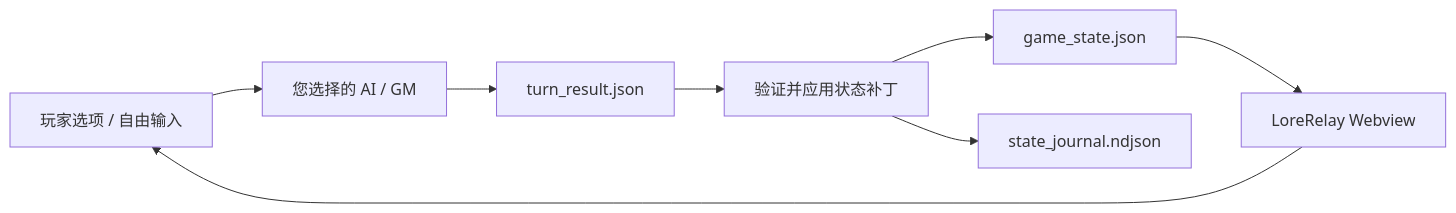
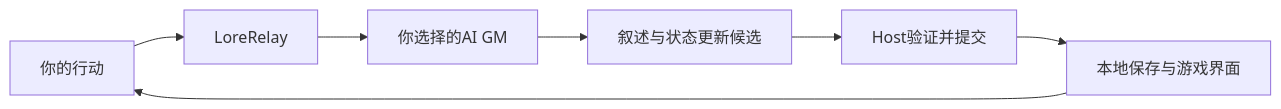
The diagram in README_zh-CN.md (GGF1sh/LoreRelay), drawn with Mermaid before and after one commit. The commit also changed other lines of this file and 10 other files, not shown here.

````diff
--- a/README_zh-CN.md
+++ b/README_zh-CN.md
@@ -137,10 +58,9 @@
 ```mermaid
 flowchart LR
-    Player["玩家选项 / 自由输入"] --> GM["您选择的 AI / GM"]
-    GM --> Turn["turn_result.json"]
-    Turn --> Gate["验证并应用状态补丁"]
-    Gate --> State["game_state.json"]
-    Gate --> Journal["state_journal.ndjson"]
-    State --> UI["LoreRelay Webview"]
-    UI --> Player
+    Human["你的行动"] --> Host["LoreRelay"]
+    Host --> AI["你选择的AI GM"]
+    AI --> Candidate["叙述与状态更新候选"]
+    Candidate --> Accept["Host验证并提交"]
+    Accept --> Local["本地保存与游戏界面"]
+    Local --> Human
 ```
````
